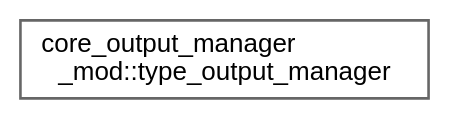
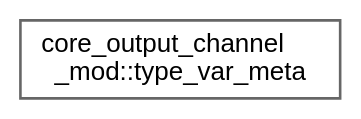
The diagram in release/v4.0-beta/inherit_graph_15.dot (mayhl/FUNWAVE-TVD), drawn with Graphviz before and after one commit. The commit also changed 177 other files, not shown here.

```diff
--- a/release/v4.0-beta/inherit_graph_15.dot
+++ b/release/v4.0-beta/inherit_graph_15.dot
@@ -1,9 +1,9 @@
 digraph "Graphical Class Hierarchy"
 {
  // LATEX_PDF_SIZE
   bgcolor="transparent";
   edge [fontname=Helvetica,fontsize=10,labelfontname=Helvetica,labelfontsize=10];
   node [fontname=Helvetica,fontsize=10,shape=box,height=0.2,width=0.4];
   rankdir="LR";
-  Node0 [id="Node000000",label="core_output_manager\l_mod::type_output_manager",height=0.2,width=0.4,color="grey40", fillcolor="white", style="filled",URL="$structcore__output__manager__mod_1_1type__output__manager.html",tooltip=" "];
+  Node0 [id="Node000000",label="core_output_channel\l_mod::type_var_meta",height=0.2,width=0.4,color="grey40", fillcolor="white", style="filled",URL="$structcore__output__channel__mod_1_1type__var__meta.html",tooltip=" "];
 }
```
